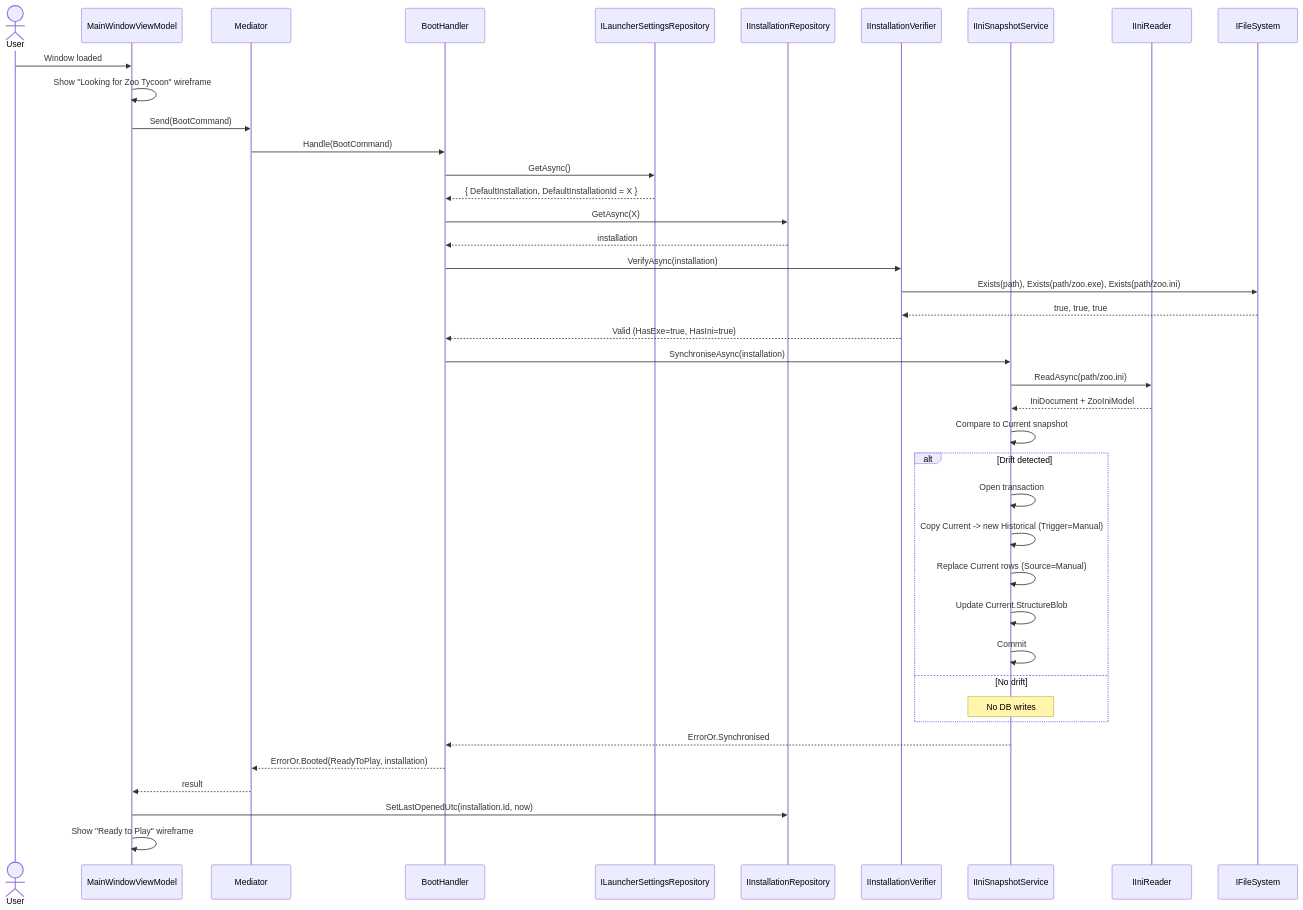
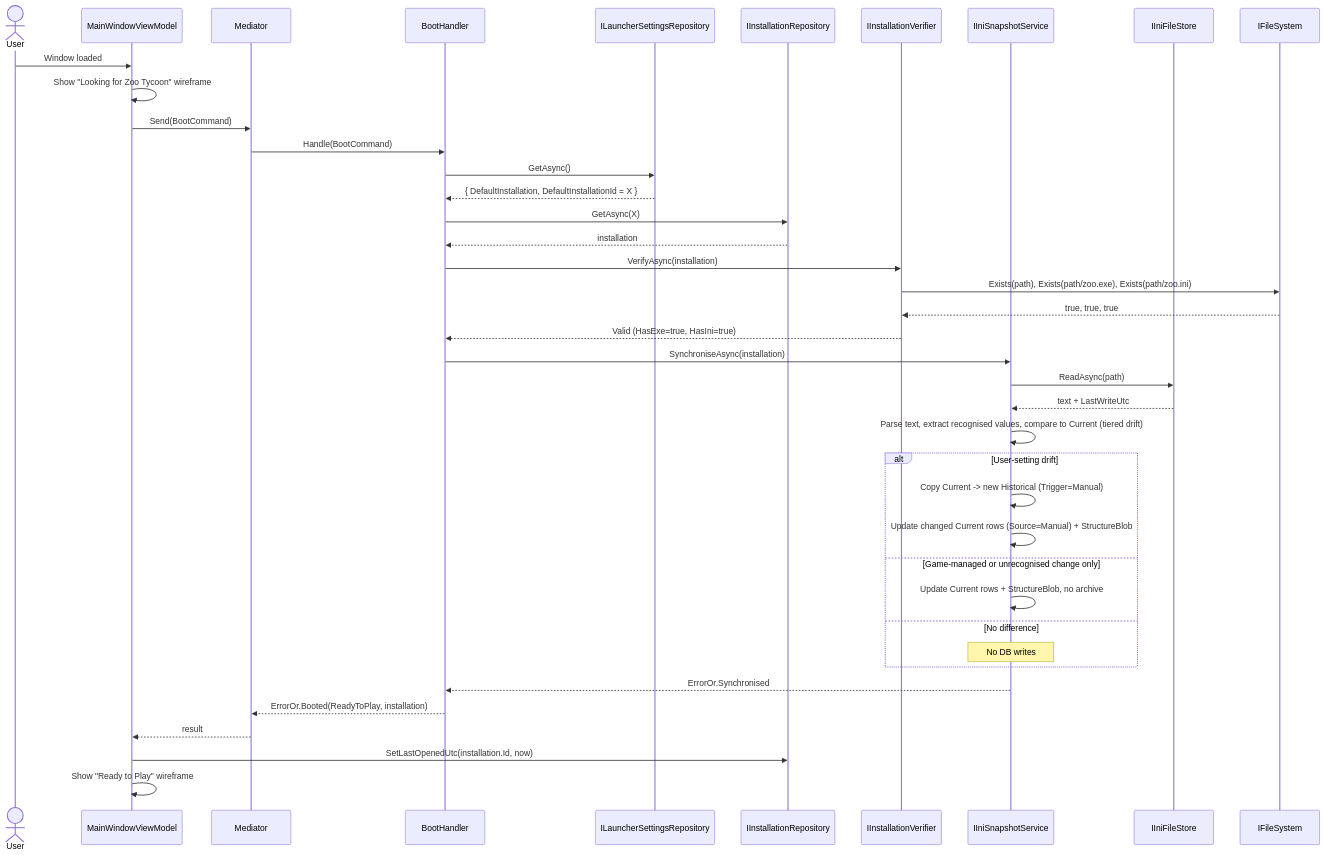
One commit to JustinianErdmier/Erdmier.ZooTycoonLauncher changed the fourth of 4 diagrams in docs/superpowers/specs/2026-05-26-zoo-tycoon-launcher-design.md. Above: the diagram before and after it, drawn with Mermaid. The commit also changed other lines of this file and 2 other files, not shown here.

Commit message:
docs(📝): amend the SDD to v1.6 for the INI Config core slice

````diff
--- a/docs/superpowers/specs/2026-05-26-zoo-tycoon-launcher-design.md
+++ b/docs/superpowers/specs/2026-05-26-zoo-tycoon-launcher-design.md
@@ -733,44 +739,43 @@
 ```mermaid  
 sequenceDiagram  
     actor U as User  
     participant VM as MainWindowViewModel  
     participant M as Mediator  
     participant BH as BootHandler  
     participant Settings as ILauncherSettingsRepository  
     participant Installs as IInstallationRepository  
     participant Verify as IInstallationVerifier  
     participant Parse as IIniSnapshotService  
-    participant Reader as IIniReader  
+    participant Files as IIniFileStore  
     participant FS as IFileSystem  
   
     U->>VM: Window loaded  
     VM->>VM: Show "Looking for Zoo Tycoon" wireframe  
     VM->>M: Send(BootCommand)  
     M->>BH: Handle(BootCommand)  
     BH->>Settings: GetAsync()  
     Settings-->>BH: { DefaultInstallation, DefaultInstallationId = X }  
     BH->>Installs: GetAsync(X)  
     Installs-->>BH: installation  
     BH->>Verify: VerifyAsync(installation)  
     Verify->>FS: Exists(path), Exists(path/zoo.exe), Exists(path/zoo.ini)  
     FS-->>Verify: true, true, true  
     Verify-->>BH: Valid (HasExe=true, HasIni=true)  
     BH->>Parse: SynchroniseAsync(installation)  
-    Parse->>Reader: ReadAsync(path/zoo.ini)  
-    Reader-->>Parse: IniDocument + ZooIniModel  
-    Parse->>Parse: Compare to Current snapshot  
-    alt Drift detected  
-        Parse->>Parse: Open transaction  
-        Parse->>Parse: Copy Current -> new Historical (Trigger=Manual)  
-        Parse->>Parse: Replace Current rows (Source=Manual)  
-        Parse->>Parse: Update Current.StructureBlob  
-        Parse->>Parse: Commit  
-    else No drift  
-        Note over Parse: No DB writes  
-    end  
+    Parse->>Files: ReadAsync(path)  
+    Files-->>Parse: text + LastWriteUtc  
+    Parse->>Parse: Parse text, extract recognised values, compare to Current (tiered drift)
+    alt User-setting drift
+        Parse->>Parse: Copy Current -> new Historical (Trigger=Manual)
+        Parse->>Parse: Update changed Current rows (Source=Manual) + StructureBlob
+    else Game-managed or unrecognised change only
+        Parse->>Parse: Update Current rows + StructureBlob, no archive
+    else No difference
+        Note over Parse: No DB writes
+    end
     Parse-->>BH: ErrorOr.Synchronised  
     BH-->>M: ErrorOr.Booted(ReadyToPlay, installation)  
     M-->>VM: result  
     VM->>Installs: SetLastOpenedUtc(installation.Id, now)  
     VM->>VM: Show "Ready to Play" wireframe  
 ```  
````
